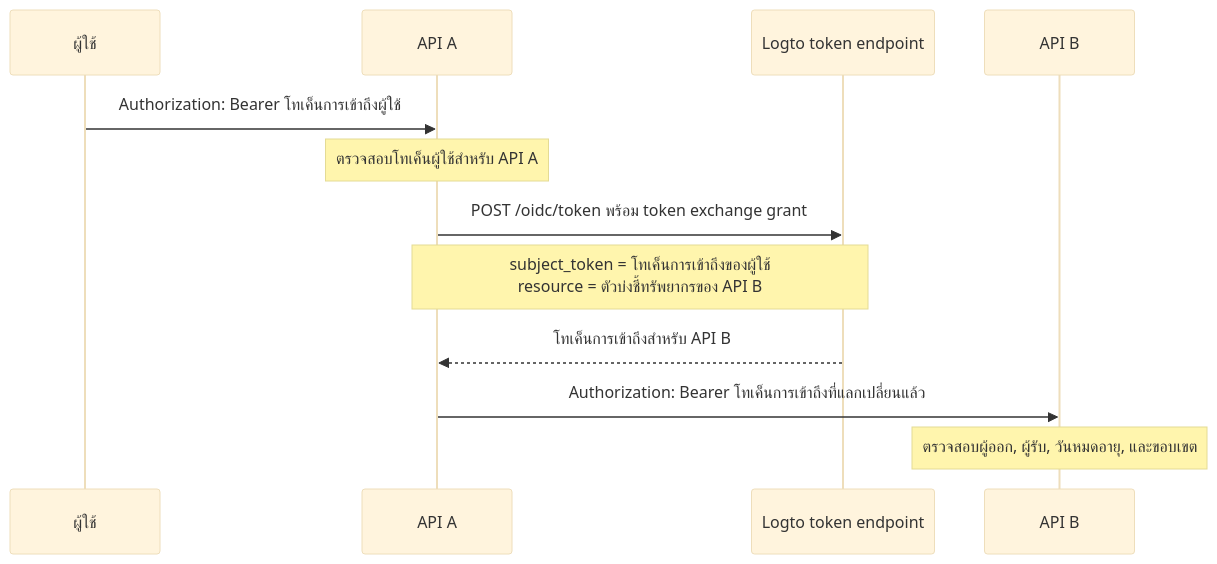
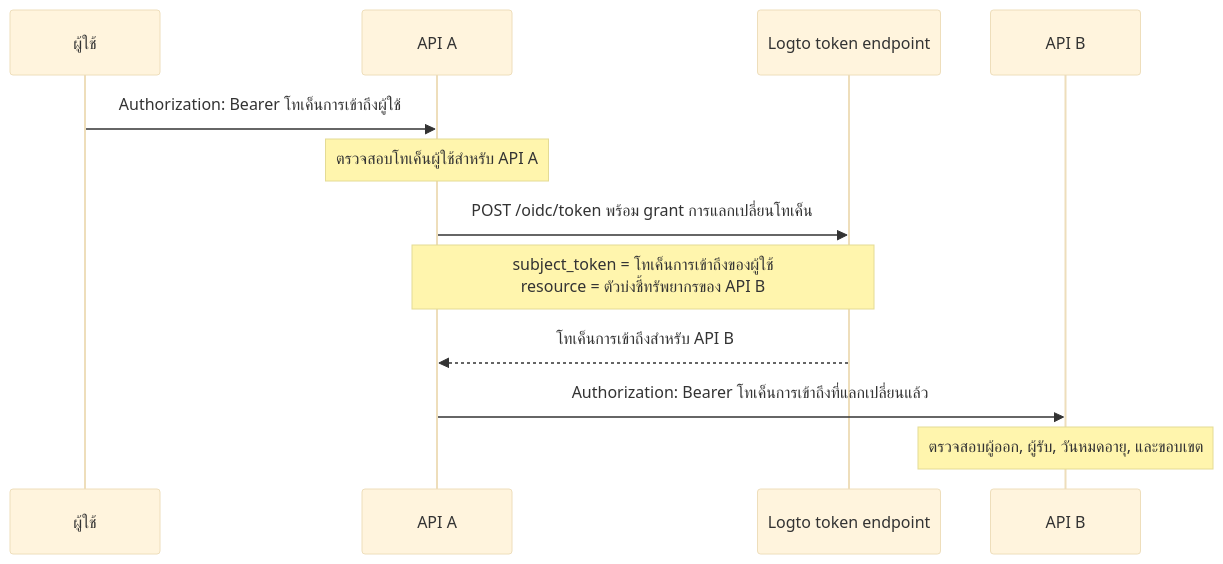
The diagram in i18n/th/docusaurus-plugin-content-docs/current/developers/service-to-service-delegation.mdx (logto-io/docs), drawn with Mermaid (base theme) before and after one commit. The commit also changed other lines of this file and 161 other files, not shown here.

````diff
--- a/i18n/th/docusaurus-plugin-content-docs/current/developers/service-to-service-delegation.mdx
+++ b/i18n/th/docusaurus-plugin-content-docs/current/developers/service-to-service-delegation.mdx
@@ -40,17 +40,17 @@
 ```mermaid
 sequenceDiagram
     participant User as ผู้ใช้
     participant ApiA as API A
     participant Logto as Logto token endpoint
     participant ApiB as API B
 
     User->>ApiA: Authorization: Bearer โทเค็นการเข้าถึงผู้ใช้
     Note over ApiA: ตรวจสอบโทเค็นผู้ใช้สำหรับ API A
 
-    ApiA->>Logto: POST /oidc/token พร้อม token exchange grant
+    ApiA->>Logto: POST /oidc/token พร้อม grant การแลกเปลี่ยนโทเค็น
     Note over ApiA,Logto: subject_token = โทเค็นการเข้าถึงของผู้ใช้<br/>resource = ตัวบ่งชี้ทรัพยากรของ API B
 
     Logto-->>ApiA: โทเค็นการเข้าถึงสำหรับ API B
     ApiA->>ApiB: Authorization: Bearer โทเค็นการเข้าถึงที่แลกเปลี่ยนแล้ว
     Note over ApiB: ตรวจสอบผู้ออก, ผู้รับ, วันหมดอายุ, และขอบเขต
 ```
````
